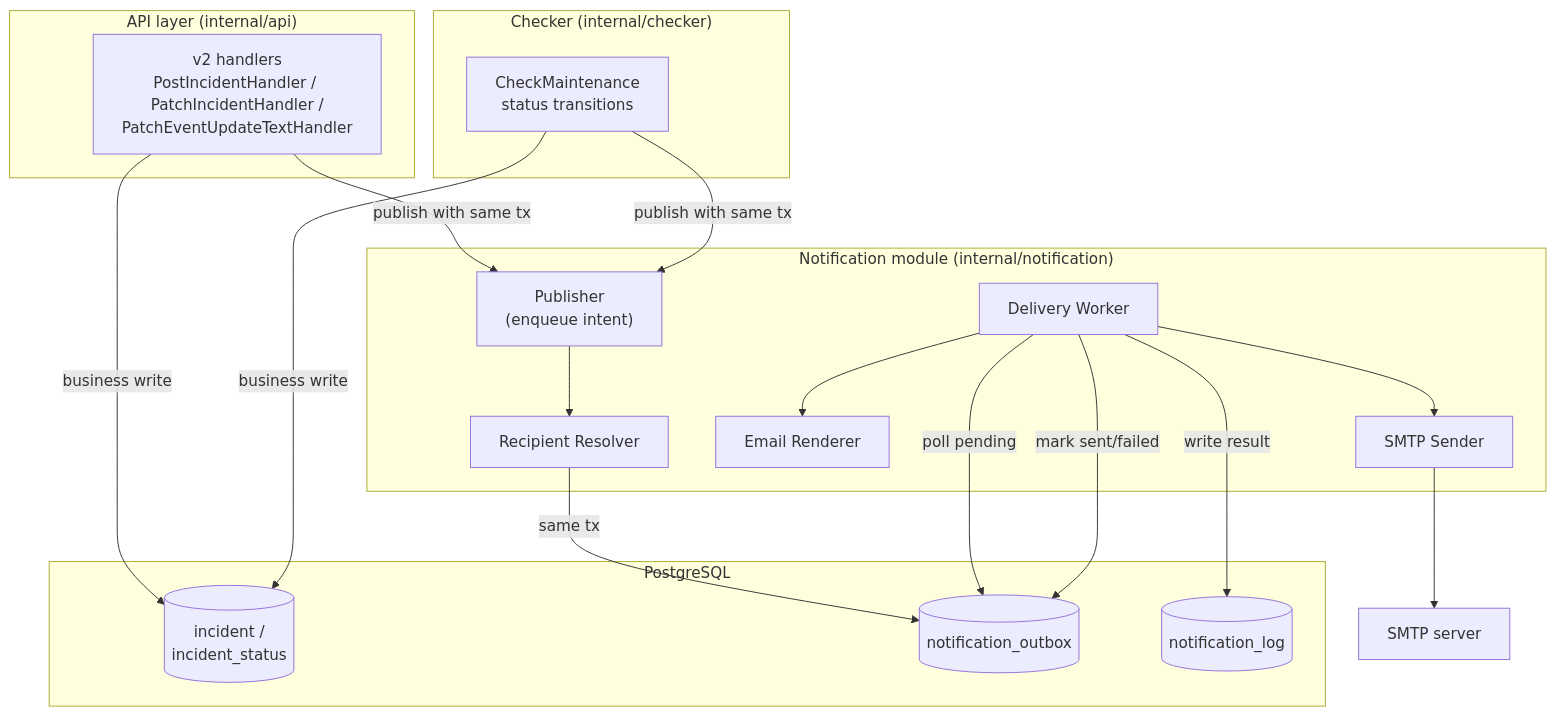
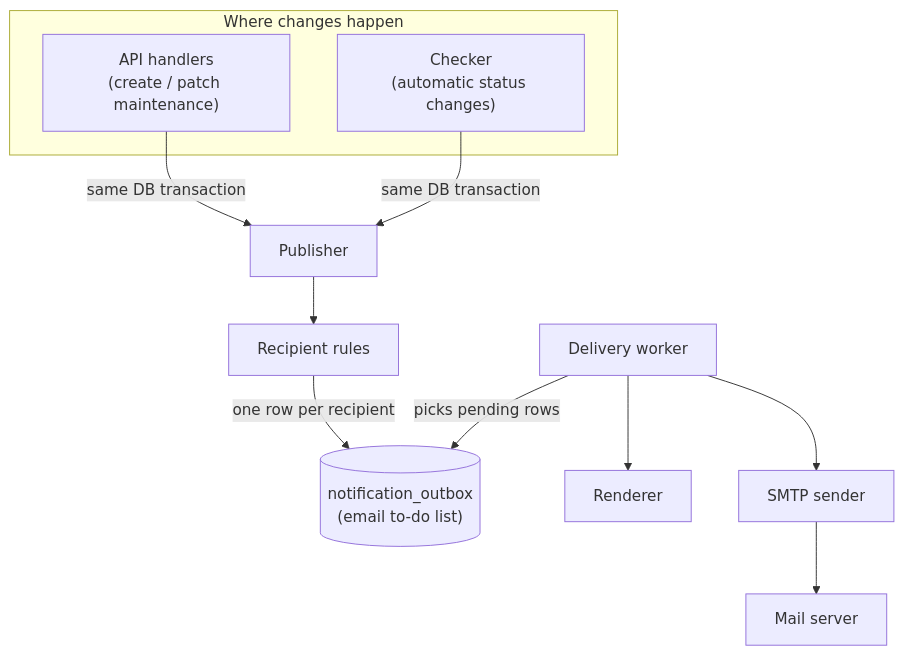
Before and after one commit to stackmon/status-dashboard-v3: the first of 3 diagrams in docs/notifications/architecture.md, drawn with Mermaid. The commit also changed other lines of this file and 2 other files, not shown here.

First line of the commit message:
Refactor email notification system for maintenance events

````diff
--- a/docs/notifications/architecture.md
+++ b/docs/notifications/architecture.md
@@ -25,39 +47,24 @@
 ```mermaid
 flowchart TB
-    subgraph API["API layer (internal/api)"]
-        H["v2 handlers<br/>PostIncidentHandler / PatchIncidentHandler /<br/>PatchEventUpdateTextHandler"]
+    subgraph Producers["Where changes happen"]
+        H["API handlers<br/>(create / patch maintenance)"]
+        C["Checker<br/>(automatic status changes)"]
     end
 
-    subgraph CHK["Checker (internal/checker)"]
-        C["CheckMaintenance<br/>status transitions"]
-    end
+    P["Publisher"]
+    RULES["Recipient rules"]
+    OUT[("notification_outbox<br/>(email to-do list)")]
+    W["Delivery worker"]
+    REN["Renderer"]
+    S["SMTP sender"]
+    MAIL["Mail server"]
 
-    subgraph NOTIF["Notification module (internal/notification)"]
-        P["Publisher<br/>(enqueue intent)"]
-        RES["Recipient Resolver"]
-        REN["Email Renderer"]
-        W["Delivery Worker"]
-        S["SMTP Sender"]
-    end
-
-    subgraph DB["PostgreSQL"]
-        INC[("incident /<br/>incident_status")]
-        OUT[("notification_outbox")]
-        LOG[("notification_log")]
-    end
-
-    SMTP["SMTP server"]
-
-    H -->|"business write"| INC
-    C -->|"business write"| INC
-    H -->|"publish with same tx"| P
-    C -->|"publish with same tx"| P
-    P --> RES
-    RES -->|"same tx"| OUT
-    W -->|poll pending| OUT
+    H -->|"same DB transaction"| P
+    C -->|"same DB transaction"| P
+    P --> RULES
+    RULES -->|"one row per recipient"| OUT
+    W -->|"picks pending rows"| OUT
     W --> REN
     W --> S
-    S --> SMTP
-    W -->|write result| LOG
-    W -->|mark sent/failed| OUT
+    S --> MAIL
 ```
````
